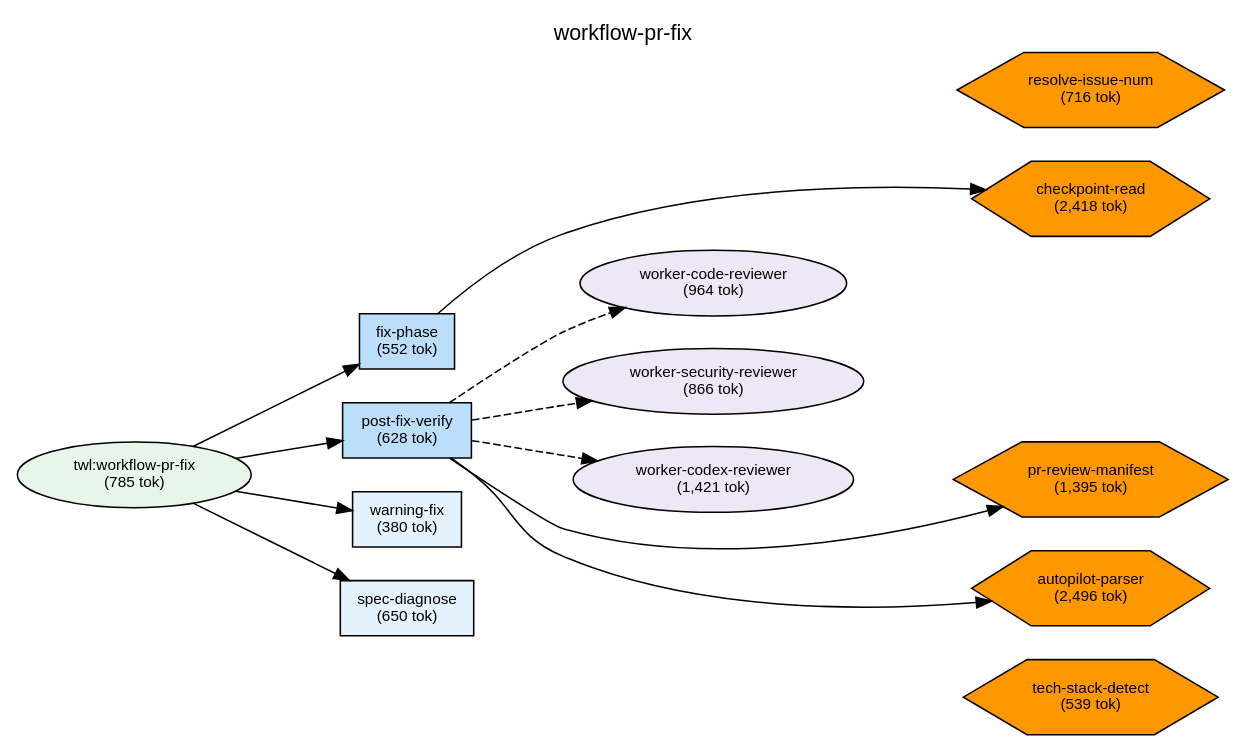
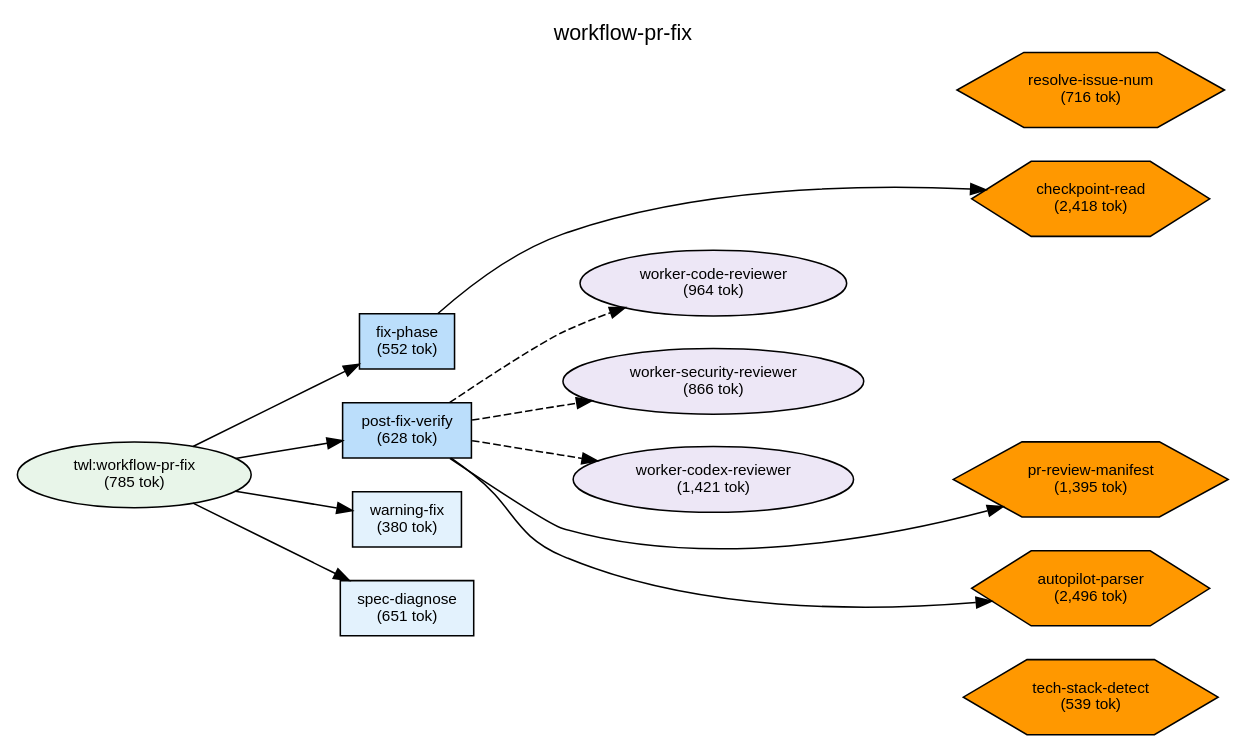
The diagram in plugins/twl/docs/deps-workflow-pr-fix.dot (shuu5/twill), drawn with Graphviz before and after one commit. The commit also changed 29 other files, not shown here.

```diff
--- a/plugins/twl/docs/deps-workflow-pr-fix.dot
+++ b/plugins/twl/docs/deps-workflow-pr-fix.dot
@@ -1,75 +1,75 @@
 digraph Dependencies {
     // Graph settings
     rankdir=LR;
     ranksep=0.8;
     nodesep=0.3;
     fontname="Helvetica";
     node [fontname="Helvetica", fontsize=10];
     edge [fontname="Helvetica", fontsize=9];
     label="workflow-pr-fix";
     labelloc=t;
     fontsize=14;
 
     // L0: Controller Skills
 
     // L0: Launchers
 
     // L0.5: Workflow Skills
     skill_workflow_pr_fix [label="twl:workflow-pr-fix\n(785 tok)", shape=ellipse, style=filled, fillcolor="#e8f5e9"];
 
     // Reference Skills
 
     // L1: Direct Commands
     cmd_post_fix_verify [label="post-fix-verify\n(628 tok)", shape=box, style=filled, fillcolor="#bbdefb"];
     cmd_warning_fix [label="warning-fix\n(380 tok)", shape=box, style=filled, fillcolor="#e3f2fd"];
     cmd_fix_phase [label="fix-phase\n(552 tok)", shape=box, style=filled, fillcolor="#bbdefb"];
-    cmd_spec_diagnose [label="spec-diagnose\n(650 tok)", shape=box, style=filled, fillcolor="#e3f2fd"];
+    cmd_spec_diagnose [label="spec-diagnose\n(651 tok)", shape=box, style=filled, fillcolor="#e3f2fd"];
 
     // L2: Sub Commands
 
     // L3: Agents
     agent_worker_codex_reviewer [label="worker-codex-reviewer\n(1,421 tok)", shape=ellipse, style=filled, fillcolor="#ede7f6"];
     agent_worker_code_reviewer [label="worker-code-reviewer\n(964 tok)", shape=ellipse, style=filled, fillcolor="#ede7f6"];
     agent_worker_security_reviewer [label="worker-security-reviewer\n(866 tok)", shape=ellipse, style=filled, fillcolor="#ede7f6"];
 
     // L3.5: Scripts
     script_tech_stack_detect [label="tech-stack-detect\n(539 tok)", shape=hexagon, style=filled, fillcolor="#FF9800"];
     script_autopilot_parser [label="autopilot-parser\n(2,496 tok)", shape=hexagon, style=filled, fillcolor="#FF9800"];
     script_resolve_issue_num [label="resolve-issue-num\n(716 tok)", shape=hexagon, style=filled, fillcolor="#FF9800"];
     script_pr_review_manifest [label="pr-review-manifest\n(1,395 tok)", shape=hexagon, style=filled, fillcolor="#FF9800"];
     script_checkpoint_read [label="checkpoint-read\n(2,418 tok)", shape=hexagon, style=filled, fillcolor="#FF9800"];
 
     // L4: External
 
     // Layer constraints
     { rank=same; skill_workflow_pr_fix; }
     { rank=same; cmd_post_fix_verify; cmd_warning_fix; cmd_fix_phase; cmd_spec_diagnose; }
     { rank=same; agent_worker_codex_reviewer; agent_worker_code_reviewer; agent_worker_security_reviewer; }
     { rank=same; script_tech_stack_detect; script_autopilot_parser; script_resolve_issue_num; script_pr_review_manifest; script_checkpoint_read; }
 
     // Edges
     skill_workflow_pr_fix -> cmd_fix_phase;
     skill_workflow_pr_fix -> cmd_post_fix_verify;
     skill_workflow_pr_fix -> cmd_warning_fix;
     skill_workflow_pr_fix -> cmd_spec_diagnose;
     cmd_post_fix_verify -> agent_worker_code_reviewer [style=dashed];
     cmd_post_fix_verify -> agent_worker_security_reviewer [style=dashed];
     cmd_post_fix_verify -> agent_worker_codex_reviewer [style=dashed];
     cmd_post_fix_verify -> script_pr_review_manifest;
     cmd_post_fix_verify -> script_autopilot_parser;
     cmd_fix_phase -> script_checkpoint_read;
 
     // Ordering constraints (invisible edges)
     cmd_fix_phase -> cmd_post_fix_verify [style=invis, weight=10];
     cmd_post_fix_verify -> cmd_warning_fix [style=invis, weight=10];
     cmd_warning_fix -> cmd_spec_diagnose [style=invis, weight=10];
     agent_worker_code_reviewer -> agent_worker_security_reviewer [style=invis, weight=10];
     agent_worker_security_reviewer -> agent_worker_codex_reviewer [style=invis, weight=10];
     agent_worker_codex_reviewer -> script_pr_review_manifest [style=invis, weight=10];
     script_pr_review_manifest -> script_autopilot_parser [style=invis, weight=10];
     script_autopilot_parser -> script_tech_stack_detect [style=invis, weight=10];
     agent_worker_code_reviewer -> agent_worker_security_reviewer [style=invis, weight=10];
     script_autopilot_parser -> script_tech_stack_detect [style=invis, weight=10];
     agent_worker_code_reviewer -> agent_worker_security_reviewer [style=invis, weight=10];
 
 }
```
